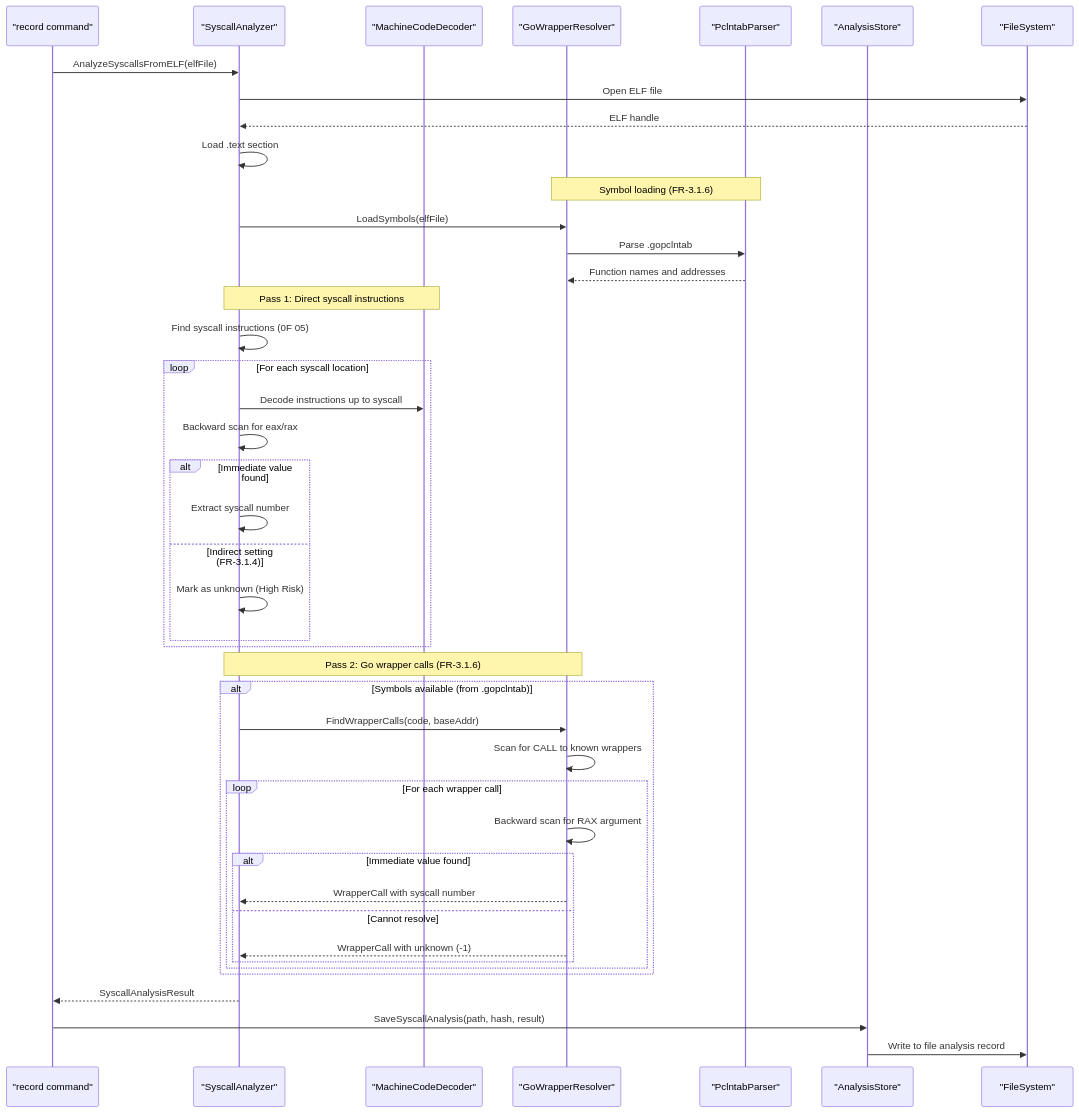
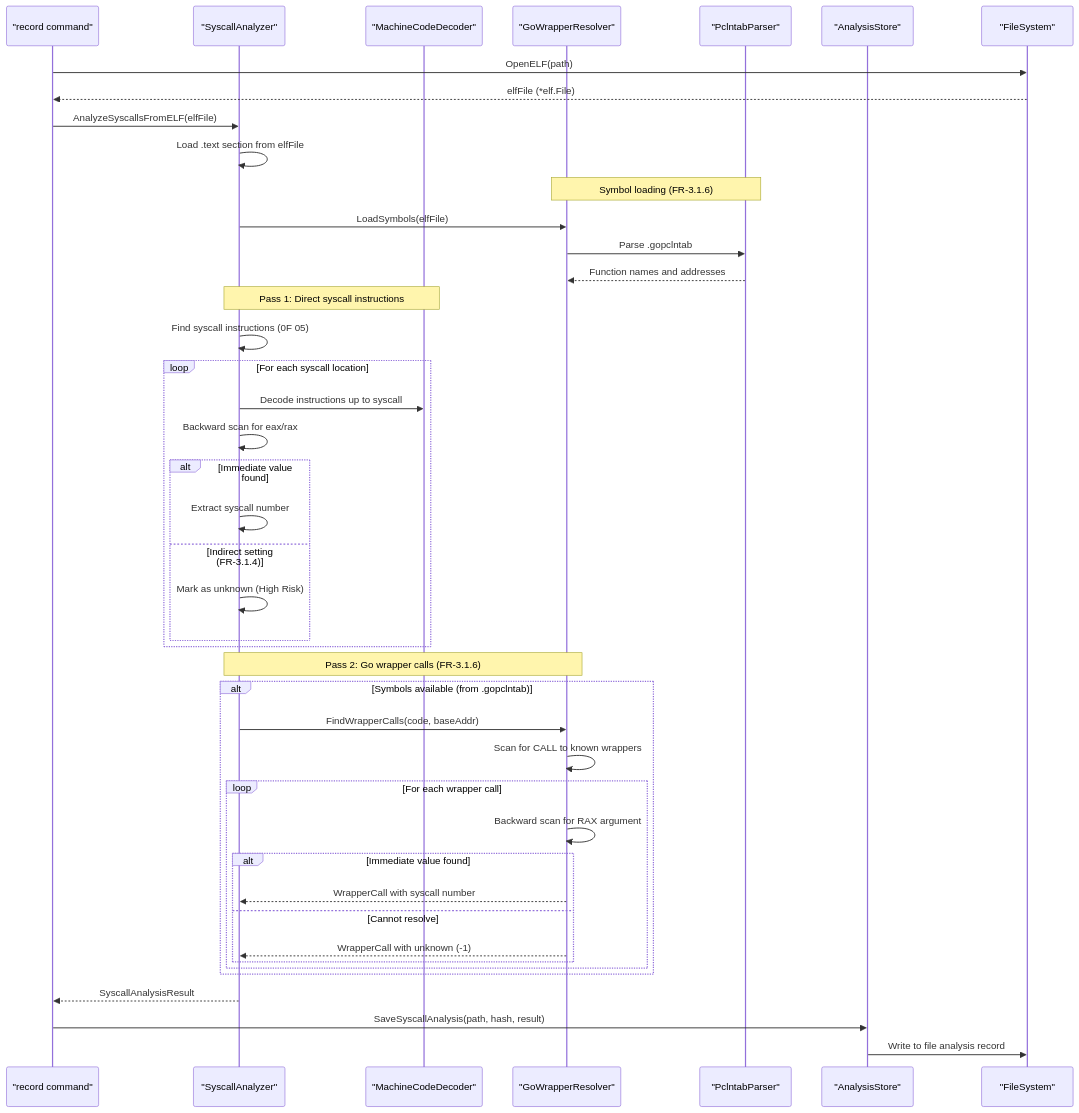
The fifth of 18 diagrams in docs/tasks/0070_elf_syscall_analysis/02_architecture.md (isseis/go-safe-cmd-runner), drawn with Mermaid before and after one commit.

````diff
--- a/docs/tasks/0070_elf_syscall_analysis/02_architecture.md
+++ b/docs/tasks/0070_elf_syscall_analysis/02_architecture.md
@@ -144,50 +144,50 @@
 ```mermaid
 sequenceDiagram
     participant RC as "record command"
     participant SA as "SyscallAnalyzer"
     participant MD as "MachineCodeDecoder"
     participant GW as "GoWrapperResolver"
     participant PP as "PclntabParser"
     participant AS as "AnalysisStore"
     participant FS as "FileSystem"
 
+    RC->>FS: OpenELF(path)
+    FS-->>RC: elfFile (*elf.File)
     RC->>SA: AnalyzeSyscallsFromELF(elfFile)
-    SA->>FS: Open ELF file
-    FS-->>SA: ELF handle
-    SA->>SA: Load .text section
+    SA->>SA: Load .text section from elfFile
 
     Note over GW,PP: Symbol loading (FR-3.1.6)
     SA->>GW: LoadSymbols(elfFile)
     GW->>PP: Parse .gopclntab
     PP-->>GW: Function names and addresses
 
     Note over SA,MD: Pass 1: Direct syscall instructions
     SA->>SA: Find syscall instructions (0F 05)
     loop For each syscall location
         SA->>MD: Decode instructions up to syscall
         SA->>SA: Backward scan for eax/rax
         alt Immediate value found
             SA->>SA: Extract syscall number
         else Indirect setting (FR-3.1.4)
             SA->>SA: Mark as unknown (High Risk)
         end
     end
 
     Note over SA,GW: Pass 2: Go wrapper calls (FR-3.1.6)
     alt Symbols available (from .gopclntab)
         SA->>GW: FindWrapperCalls(code, baseAddr)
         GW->>GW: Scan for CALL to known wrappers
         loop For each wrapper call
             GW->>GW: Backward scan for RAX argument
             alt Immediate value found
                 GW-->>SA: WrapperCall with syscall number
             else Cannot resolve
                 GW-->>SA: WrapperCall with unknown (-1)
             end
         end
     end
 
     SA-->>RC: SyscallAnalysisResult
     RC->>AS: SaveSyscallAnalysis(path, hash, result)
     AS->>FS: Write to file analysis record
 ```
````
